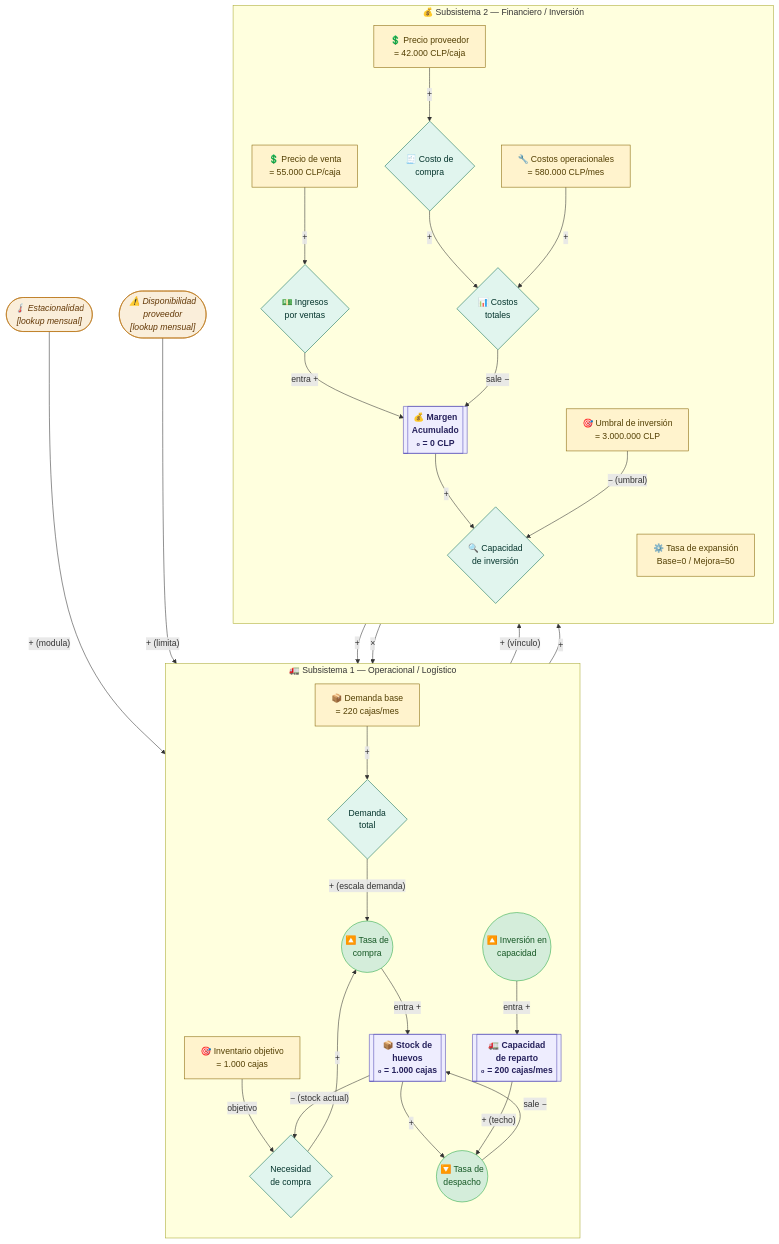
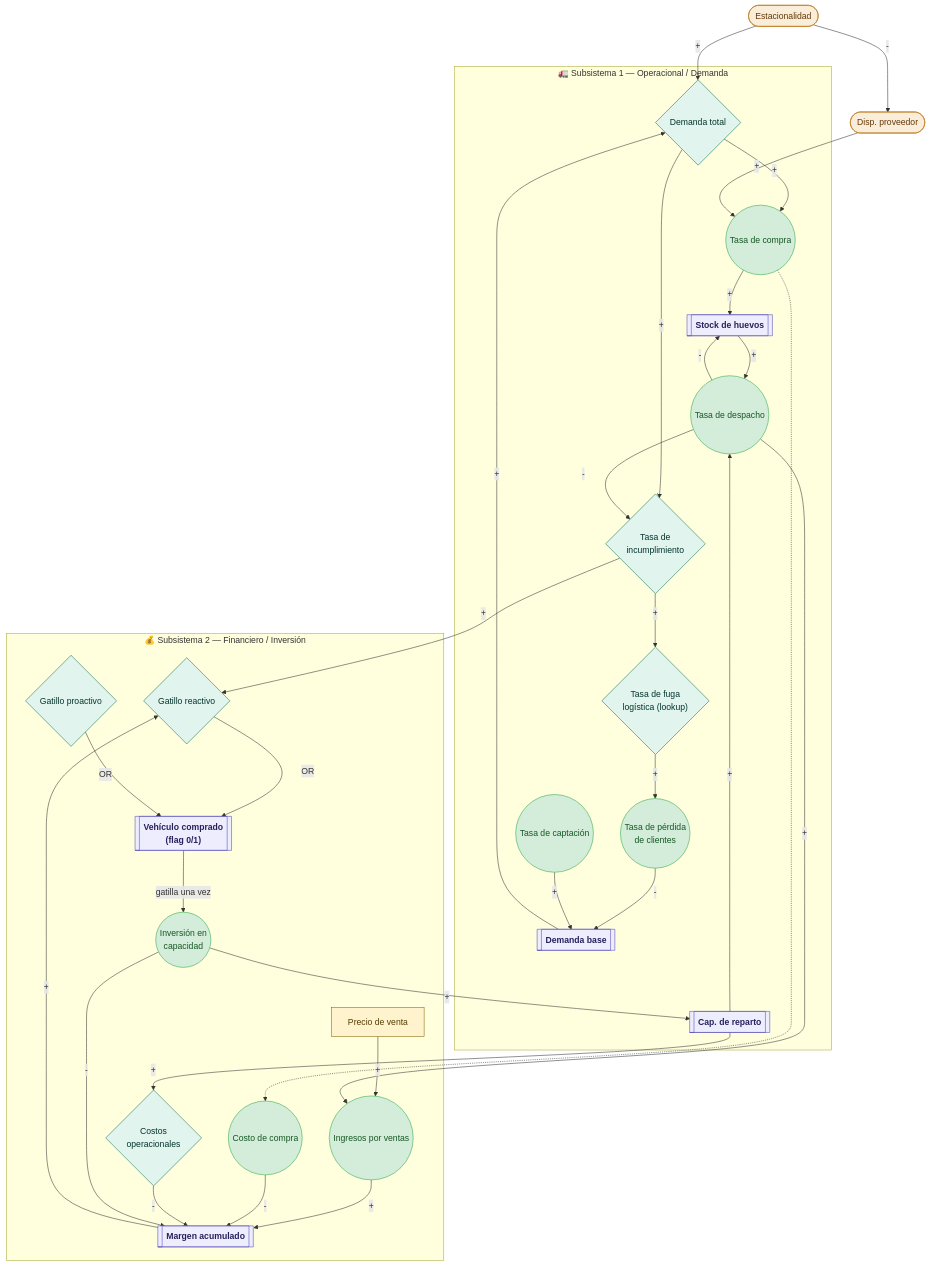
Before and after one commit to perrosxdev/Teoria-de-sistemas: the first of 2 diagrams in docs/propuestas/carlos/modelo_forrester.md, drawn with Mermaid. The commit also changed other lines of this file and 4 other files, not shown here.

````diff
--- a/docs/propuestas/carlos/modelo_forrester.md
+++ b/docs/propuestas/carlos/modelo_forrester.md
@@ -15,88 +20,70 @@
 ```mermaid
 flowchart TD
+    E([Estacionalidad]):::exo
+    DP([Disp. proveedor]):::exo
 
-    %% ─── VARIABLES EXÓGENAS ───────────────────────────────────────
-    EST(["🌡️ Estacionalidad\n[lookup mensual]"]):::exo
-    DPROV(["⚠️ Disponibilidad\nproveedor\n[lookup mensual]"]):::exo
-
-    %% ─── SUBSISTEMA 1: OPERACIONAL ────────────────────────────────
-
-    subgraph S1["🚛 Subsistema 1 — Operacional / Logístico"]
-        direction TB
-
-        DBASE["📦 Demanda base\n= 220 cajas/mes"]:::param
-        DT{"Demanda\ntotal"}:::aux
-
-        INVOBJ["🎯 Inventario objetivo\n= 1.000 cajas"]:::param
-        NEC{"Necesidad\nde compra"}:::aux
-
-        TC(("🔼 Tasa de\ncompra")):::flow
-        SH[["📦 Stock de\nhuevos\n₀ = 1.000 cajas"]]:::stock
-        TD(("🔽 Tasa de\ndespacho")):::flow
-
-        CR[["🚛 Capacidad\nde reparto\n₀ = 200 cajas/mes"]]:::stock
-        TEXP(("🔼 Inversión en\ncapacidad")):::flow
+    subgraph S1["🚛 Subsistema 1 — Operacional / Demanda"]
+        DB[["Demanda base"]]:::stock
+        TCap(("Tasa de captación")):::flow
+        TPC(("Tasa de pérdida\nde clientes")):::flow
+        DT{"Demanda total"}:::aux
+        TC(("Tasa de compra")):::flow
+        SH[["Stock de huevos"]]:::stock
+        CR[["Cap. de reparto"]]:::stock
+        TD(("Tasa de despacho")):::flow
+        TI{"Tasa de\nincumplimiento"}:::aux
+        TF{"Tasa de fuga\nlogística (lookup)"}:::aux
     end
 
-    %% ─── SUBSISTEMA 2: FINANCIERO ─────────────────────────────────
-
     subgraph S2["💰 Subsistema 2 — Financiero / Inversión"]
-        direction TB
-
-        PV["💲 Precio de venta\n= 55.000 CLP/caja"]:::param
-        PP["💲 Precio proveedor\n= 42.000 CLP/caja"]:::param
-        CO["🔧 Costos operacionales\n= 580.000 CLP/mes"]:::param
-        UI["🎯 Umbral de inversión\n= 3.000.000 CLP"]:::param
-        TRATE["⚙️ Tasa de expansión\nBase=0 / Mejora=50"]:::param
-
-        IV{"💵 Ingresos\npor ventas"}:::aux
-        CC{"🧾 Costo de\ncompra"}:::aux
-        COST{"📊 Costos\ntotales"}:::aux
-
-        MA[["💰 Margen\nAcumulado\n₀ = 0 CLP"]]:::stock
-        CI{"🔍 Capacidad\nde inversión"}:::aux
+        PV["Precio de venta"]:::param
+        IV(("Ingresos por ventas")):::flow
+        CC(("Costo de compra")):::flow
+        CO{"Costos\noperacionales"}:::aux
+        MA[["Margen acumulado"]]:::stock
+        VC[["Vehículo comprado\n(flag 0/1)"]]:::stock
+        GR{"Gatillo reactivo"}:::aux
+        GP{"Gatillo proactivo"}:::aux
+        IC(("Inversión en\ncapacidad")):::flow
     end
 
-    %% ─── CONEXIONES EXÓGENAS ──────────────────────────────────────
-    EST -->|"+ (modula)"| DT
-    DPROV -->|"+ (limita)"| TC
-    DBASE -->|"+"| DT
+    E -->|+| DT
+    E -->|-| DP
+    DB -->|+| DT
+    DT -->|+| TC
+    DP -->|+| TC
+    TC -->|+| SH
+    SH -->|+| TD
+    CR -->|+| TD
+    TD -->|-| SH
 
-    %% ─── LÓGICA DE COMPRA (NUEVO) ─────────────────────────────────
-    INVOBJ -->|"objetivo"| NEC
-    SH -->|"− (stock actual)"| NEC
-    NEC -->|"+"| TC
-    DT -->|"+ (escala demanda)"| TC
+    DT -->|+| TI
+    TD -->|-| TI
+    TI -->|+| TF
+    TF -->|+| TPC
+    TPC -->|-| DB
+    TCap -->|+| DB
 
-    %% ─── FLUJOS INTERNOS S1 ───────────────────────────────────────
-    TC -->|"entra +"| SH
-    SH -->|"+"| TD
-    CR -->|"+ (techo)"| TD
-    TD -->|"sale −"| SH
+    PV -->|+| IV
+    TD -->|+| IV
+    IV -->|+| MA
+    CC -->|-| MA
+    CO -->|-| MA
+    IC -->|-| MA
 
-    %% ─── CONEXIÓN ENTRE SUBSISTEMAS ───────────────────────────────
-    TD -->|"+ (vínculo)"| IV
+    MA -->|+| GR
+    TI -->|+| GR
+    GR -->|OR| VC
+    GP -->|OR| VC
+    VC -->|gatilla una vez| IC
+    IC -->|+| CR
+    CR -->|+| CO
 
-    %% ─── FLUJOS INTERNOS S2 ───────────────────────────────────────
-    PV -->|"+"| IV
-    IV -->|"entra +"| MA
+    TC -.-> CC
 
-    TC -->|"+"| CC
-    PP -->|"+"| CC
-    CC -->|"+"| COST
-    CO -->|"+"| COST
-    COST -->|"sale −"| MA
-
-    MA -->|"+"| CI
-    UI -->|"− (umbral)"| CI
-    CI -->|"+"| TEXP
-    TRATE -->|"×"| TEXP
-    TEXP -->|"entra +"| CR
-
-    %% ─── ESTILOS ──────────────────────────────────────────────────
-    classDef stock    fill:#EEEDFE,stroke:#534AB7,color:#26215C,font-weight:bold
-    classDef flow     fill:#D4EDDA,stroke:#28A745,color:#155724
-    classDef aux      fill:#E1F5EE,stroke:#0F6E56,color:#04342C
-    classDef param    fill:#FFF3CD,stroke:#856404,color:#533F03
-    classDef exo      fill:#FAEEDA,stroke:#BA7517,color:#633806,font-style:italic
+    classDef exo   fill:#FAEEDA,stroke:#BA7517,color:#633806
+    classDef stock fill:#EEEDFE,stroke:#534AB7,color:#26215C,font-weight:bold
+    classDef flow  fill:#D4EDDA,stroke:#28A745,color:#155724
+    classDef aux   fill:#E1F5EE,stroke:#0F6E56,color:#04342C
+    classDef param fill:#FFF3CD,stroke:#856404,color:#533F03
 ```
````
